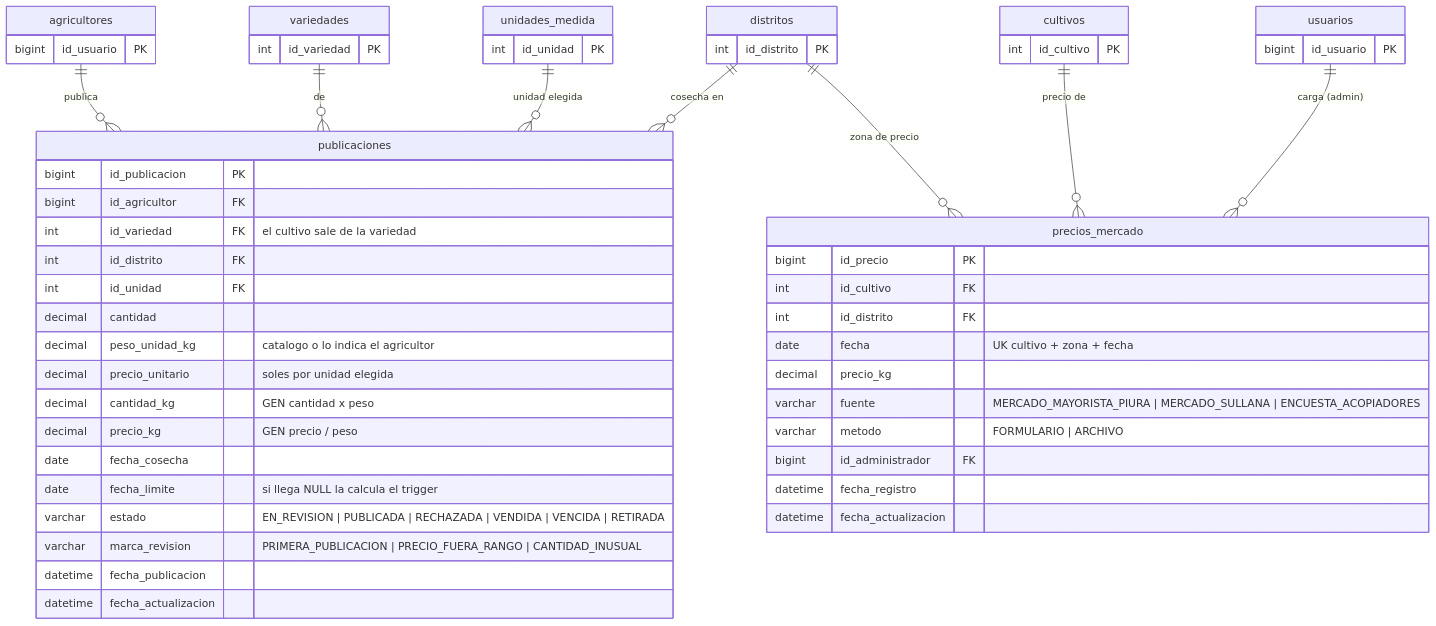
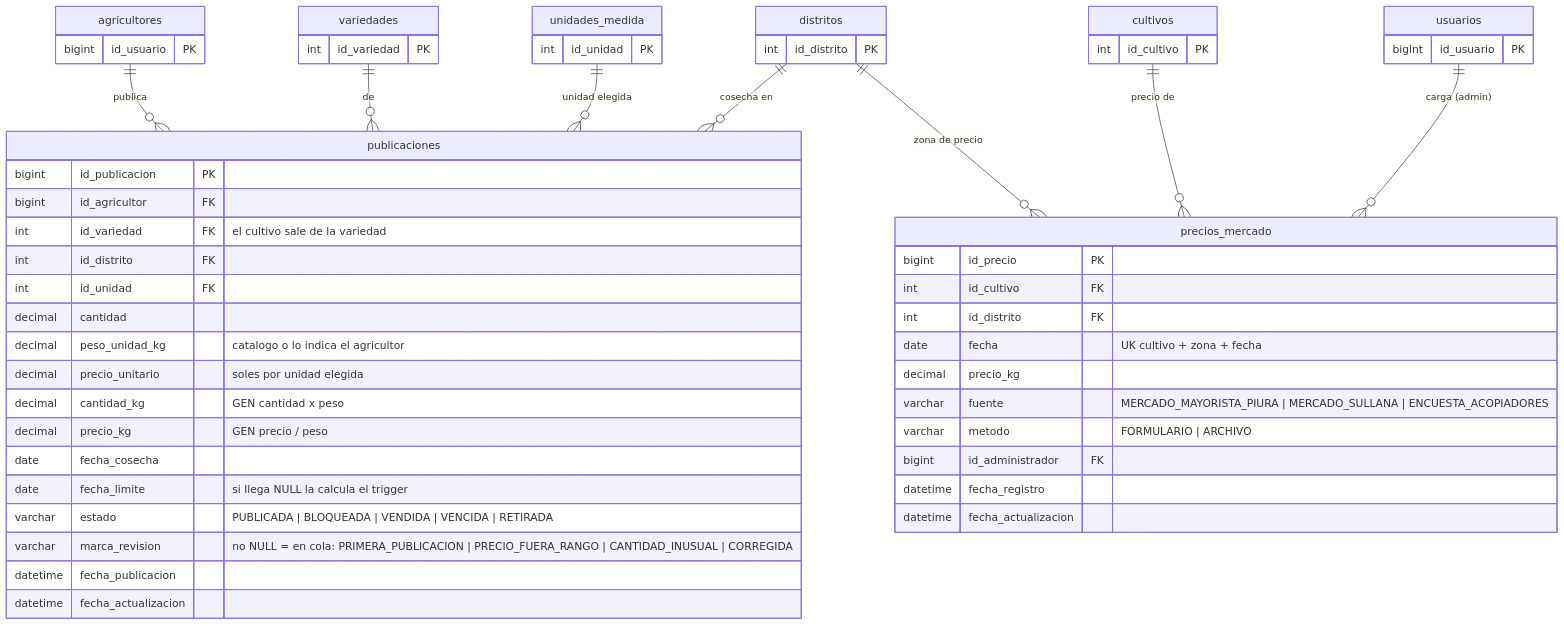
One commit to Lixsdss/AgroConecta changed the second of 4 diagrams in docs/04-diseno/base-datos/modelo-logico.md. Above: the diagram before and after it, drawn with Mermaid. The commit also changed other lines of this file and 1 other file, not shown here.

````diff
--- a/docs/04-diseno/base-datos/modelo-logico.md
+++ b/docs/04-diseno/base-datos/modelo-logico.md
@@ -96,59 +96,59 @@
 ```mermaid
 erDiagram
     agricultores ||--o{ publicaciones : "publica"
     variedades ||--o{ publicaciones : "de"
     distritos ||--o{ publicaciones : "cosecha en"
     unidades_medida ||--o{ publicaciones : "unidad elegida"
     cultivos ||--o{ precios_mercado : "precio de"
     distritos ||--o{ precios_mercado : "zona de precio"
     usuarios ||--o{ precios_mercado : "carga (admin)"
 
     agricultores {
         bigint id_usuario PK
     }
     variedades {
         int id_variedad PK
     }
     distritos {
         int id_distrito PK
     }
     unidades_medida {
         int id_unidad PK
     }
     cultivos {
         int id_cultivo PK
     }
     usuarios {
         bigint id_usuario PK
     }
     publicaciones {
         bigint id_publicacion PK
         bigint id_agricultor FK
         int id_variedad FK "el cultivo sale de la variedad"
         int id_distrito FK
         int id_unidad FK
         decimal cantidad
         decimal peso_unidad_kg "catalogo o lo indica el agricultor"
         decimal precio_unitario "soles por unidad elegida"
         decimal cantidad_kg "GEN cantidad x peso"
         decimal precio_kg "GEN precio / peso"
         date fecha_cosecha
         date fecha_limite "si llega NULL la calcula el trigger"
-        varchar estado "EN_REVISION | PUBLICADA | RECHAZADA | VENDIDA | VENCIDA | RETIRADA"
-        varchar marca_revision "PRIMERA_PUBLICACION | PRECIO_FUERA_RANGO | CANTIDAD_INUSUAL"
+        varchar estado "PUBLICADA | BLOQUEADA | VENDIDA | VENCIDA | RETIRADA"
+        varchar marca_revision "no NULL = en cola: PRIMERA_PUBLICACION | PRECIO_FUERA_RANGO | CANTIDAD_INUSUAL | CORREGIDA"
         datetime fecha_publicacion
         datetime fecha_actualizacion
     }
     precios_mercado {
         bigint id_precio PK
         int id_cultivo FK
         int id_distrito FK
         date fecha "UK cultivo + zona + fecha"
         decimal precio_kg
         varchar fuente "MERCADO_MAYORISTA_PIURA | MERCADO_SULLANA | ENCUESTA_ACOPIADORES"
         varchar metodo "FORMULARIO | ARCHIVO"
         bigint id_administrador FK
         datetime fecha_registro
         datetime fecha_actualizacion
     }
 ```
````
